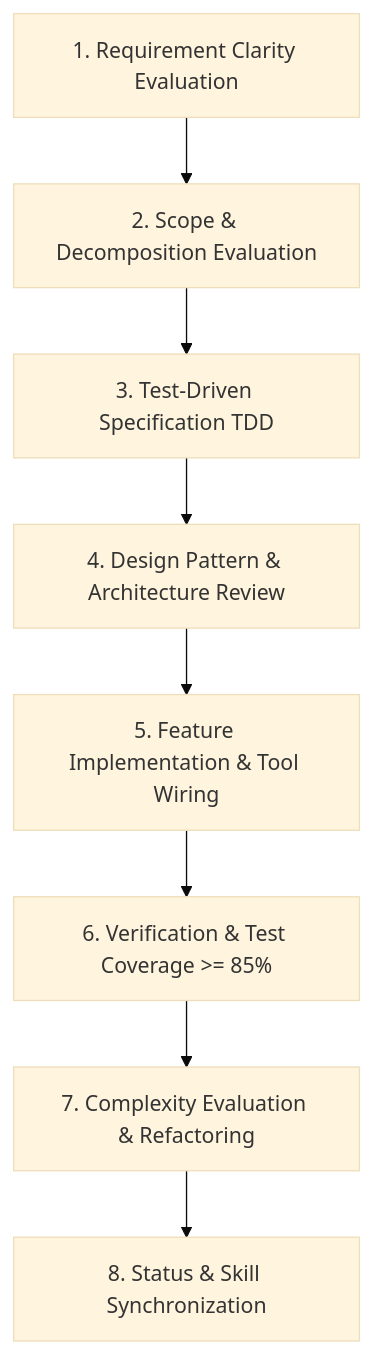
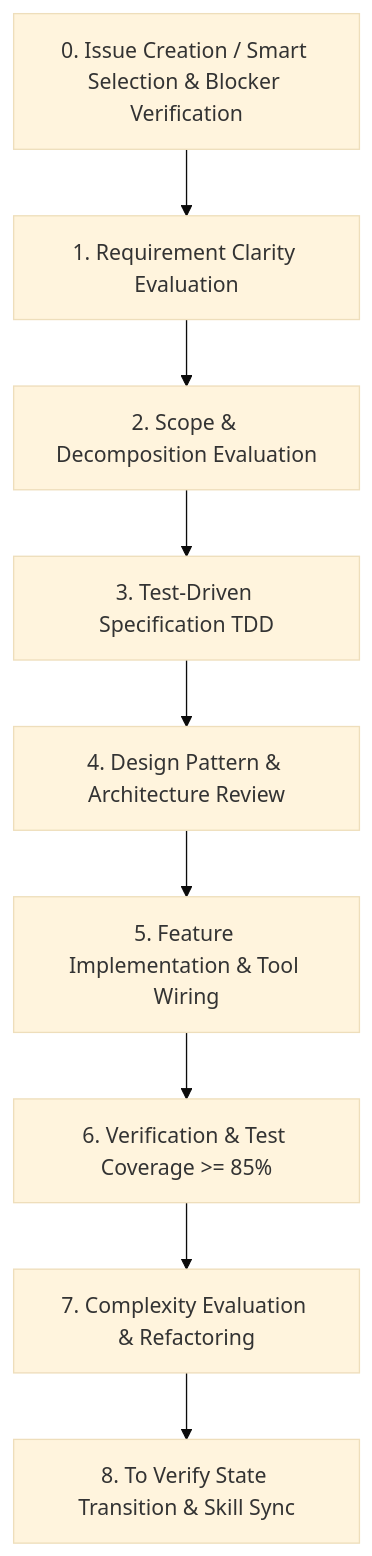
Before and after one commit to yasuomaidana/dendrite: the second of 4 diagrams in docs/roadmap/development-status-roadmap.md, drawn with Mermaid (base theme). The commit also changed other lines of this file and 14 other files, not shown here.

````diff
--- a/docs/roadmap/development-status-roadmap.md
+++ b/docs/roadmap/development-status-roadmap.md
@@ -49,10 +78,11 @@
 ```mermaid
 flowchart TD
-    P1[1. Requirement Clarity Evaluation] --> P2[2. Scope & Decomposition Evaluation]
+    P0[0. Issue Creation / Smart Selection & Blocker Verification] --> P1[1. Requirement Clarity Evaluation]
+    P1 --> P2[2. Scope & Decomposition Evaluation]
     P2 --> P3[3. Test-Driven Specification TDD]
     P3 --> P4[4. Design Pattern & Architecture Review]
     P4 --> P5[5. Feature Implementation & Tool Wiring]
     P5 --> P6[6. Verification & Test Coverage >= 85%]
     P6 --> P7[7. Complexity Evaluation & Refactoring]
-    P7 --> P8[8. Status & Skill Synchronization]
+    P7 --> P8[8. To Verify State Transition & Skill Sync]
 ```
````
